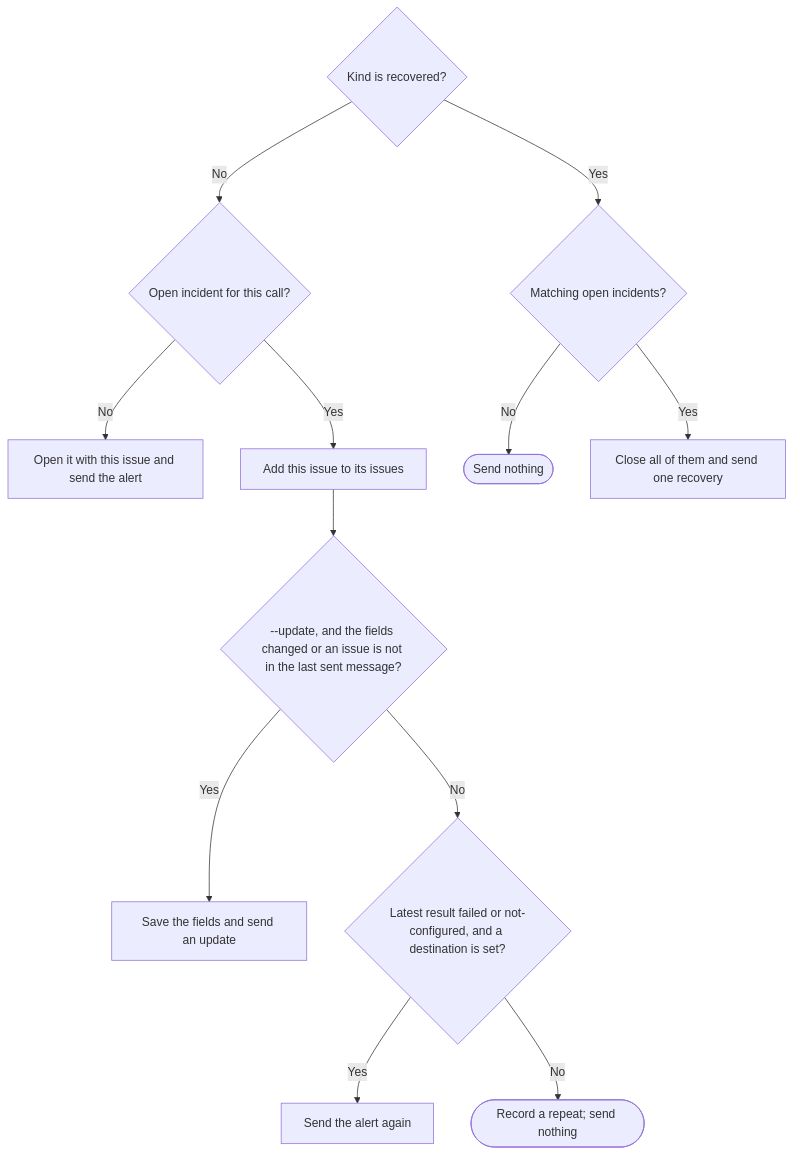
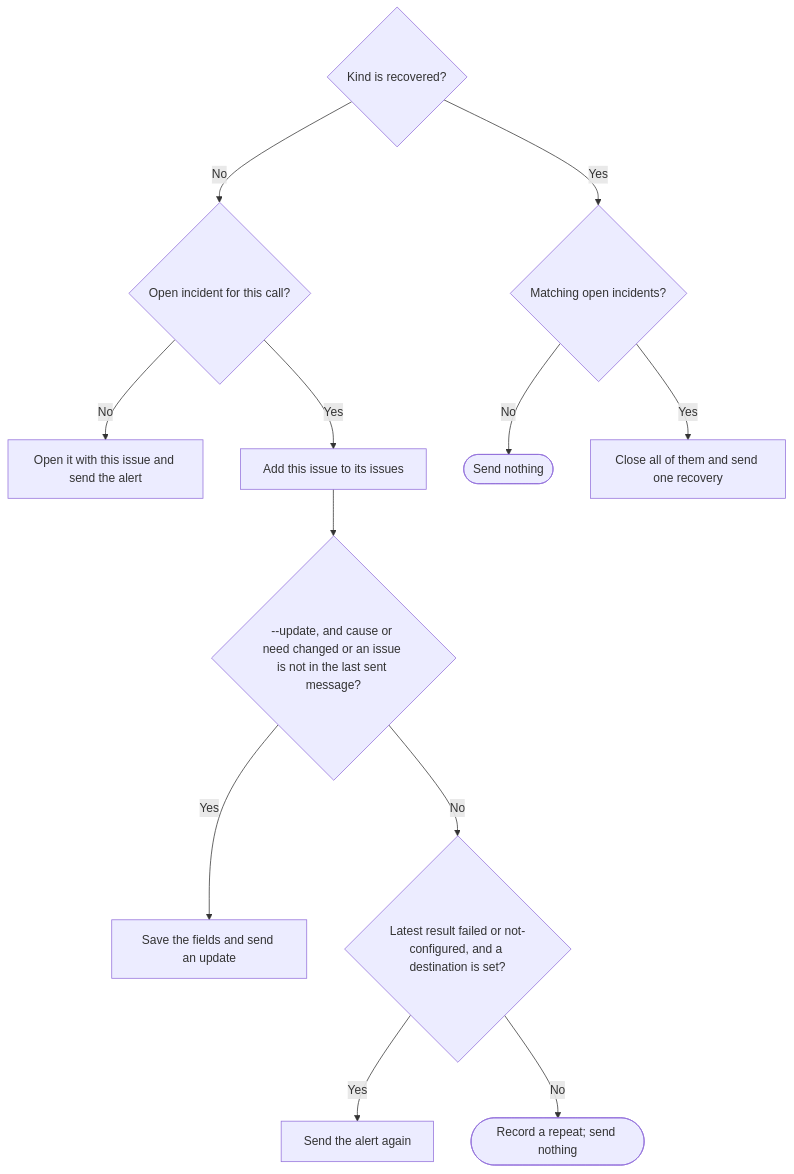
Before and after one commit to promptdriven/pdd: the diagram in prompts/cli/autopilot-alerts.prompt.md, drawn with Mermaid. The commit also changed other lines of this file and 13 other files, not shown here.

````diff
--- a/prompts/cli/autopilot-alerts.prompt.md
+++ b/prompts/cli/autopilot-alerts.prompt.md
@@ -192,14 +192,14 @@
 ```mermaid
 flowchart TD
     K{Kind is recovered?} -->|No| O{Open incident for this call?}
     O -->|No| N[Open it with this issue and send the alert]
     O -->|Yes| J[Add this issue to its issues]
-    J --> U{"--update, and the fields changed or an issue is not in the last sent message?"}
+    J --> U{"--update, and cause or need changed or an issue is not in the last sent message?"}
     U -->|Yes| S[Save the fields and send an update]
     U -->|No| R{Latest result failed or not-configured, and a destination is set?}
     R -->|Yes| A[Send the alert again]
     R -->|No| Q(["Record a repeat; send nothing"])
     K -->|Yes| C{Matching open incidents?}
     C -->|No| Z([Send nothing])
     C -->|Yes| E[Close all of them and send one recovery]
 ```
````
